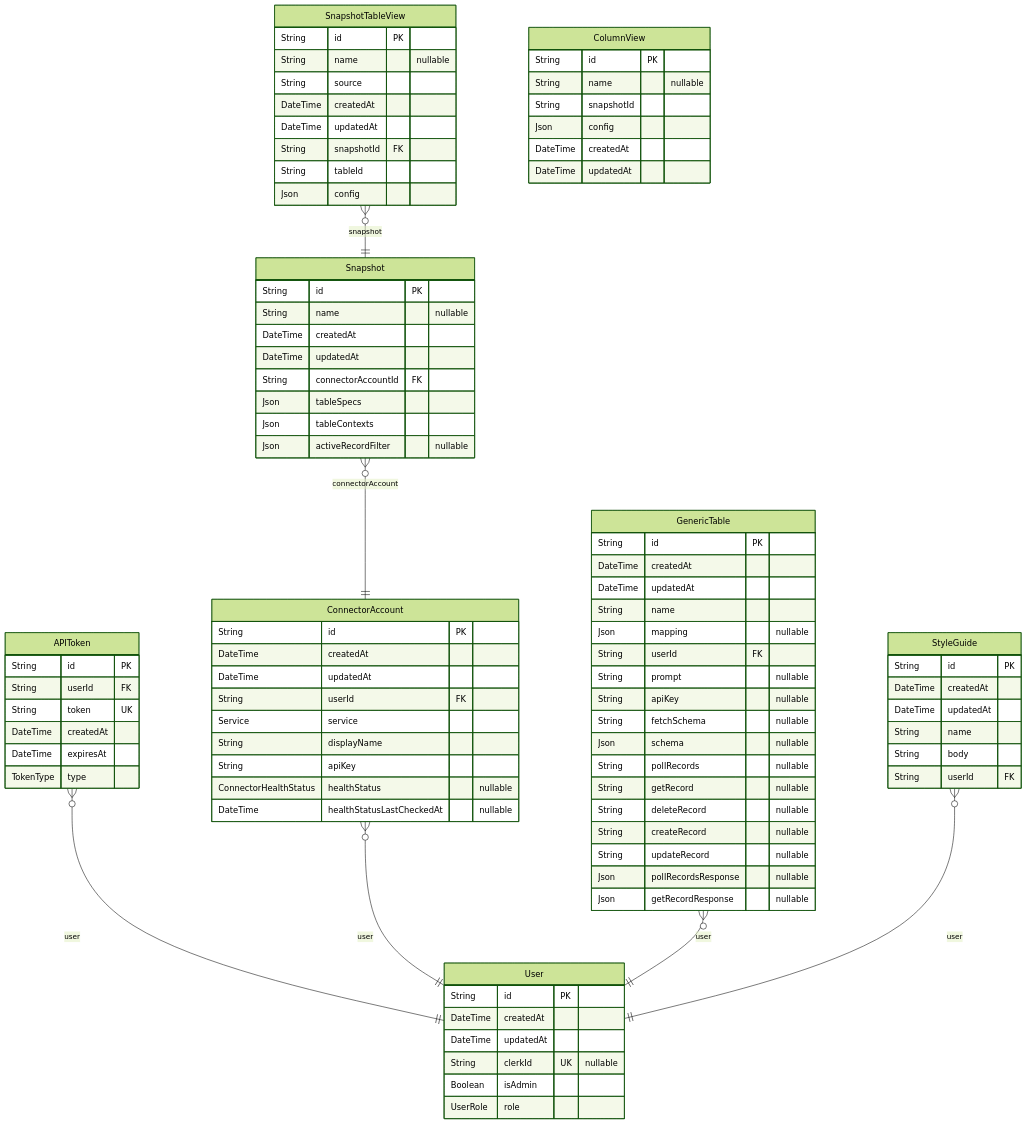
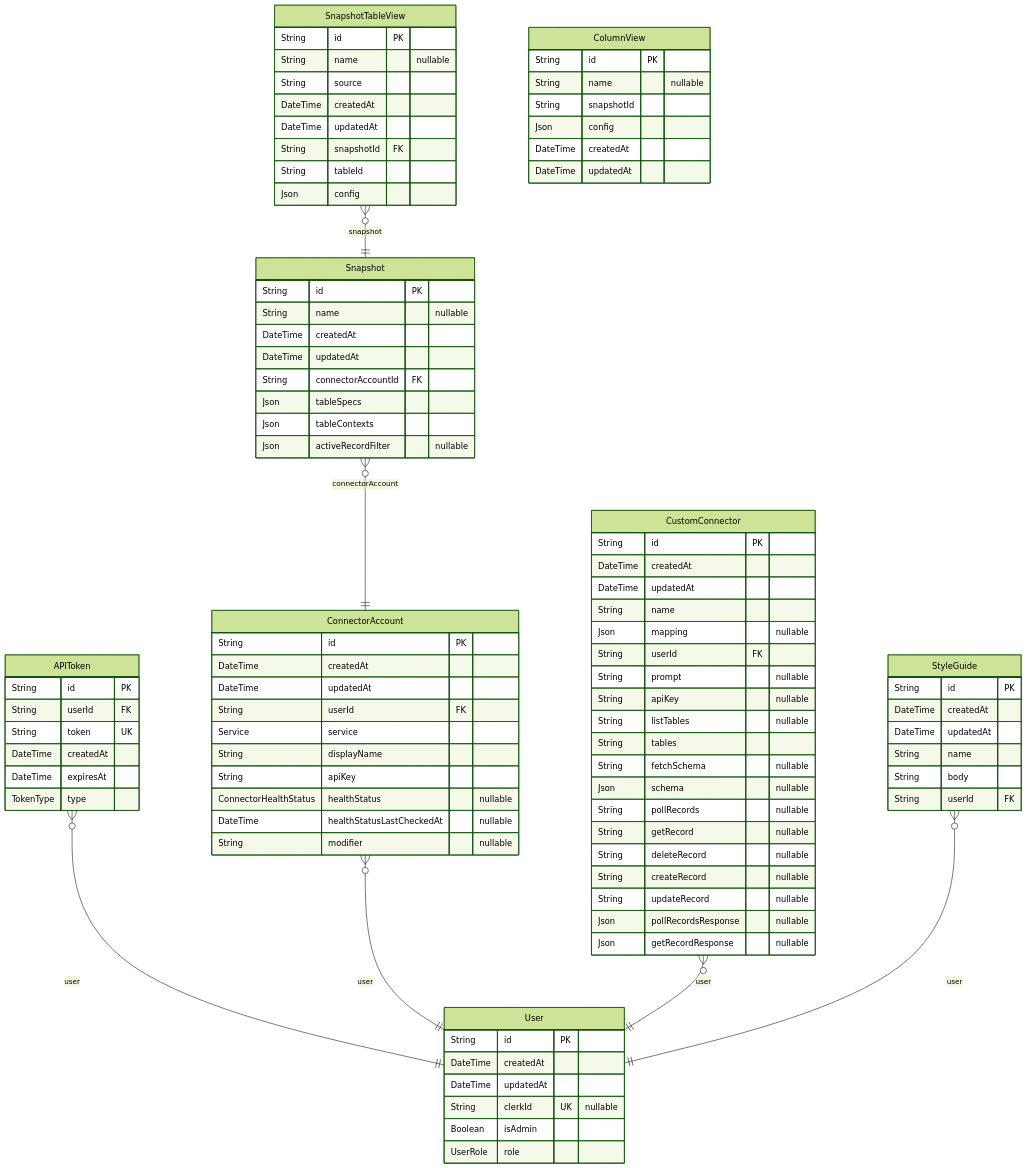
One commit to whalesync/scratch-cli changed the diagram in server/prisma/ERD.md. Above: the diagram before and after it, drawn with Mermaid (forest theme). The commit also changed other lines of this file and 39 other files, not shown here.

Commit message:
[generic-connector] working generic connector

````diff
--- a/server/prisma/ERD.md
+++ b/server/prisma/ERD.md
@@ -34,6 +34,7 @@
   String apiKey
   ConnectorHealthStatus healthStatus "nullable"
   DateTime healthStatusLastCheckedAt "nullable"
+  String modifier "nullable"
 }
 "Snapshot" {
   String id PK
@@ -45,7 +46,7 @@
   Json tableContexts
   Json activeRecordFilter "nullable"
 }
-"GenericTable" {
+"CustomConnector" {
   String id PK
   DateTime createdAt
   DateTime updatedAt
@@ -54,6 +55,8 @@
   String userId FK
   String prompt "nullable"
   String apiKey "nullable"
+  String listTables "nullable"
+  String tables
   String fetchSchema "nullable"
   Json schema "nullable"
   String pollRecords "nullable"
@@ -93,7 +96,7 @@
 "APIToken" }o--|| "User" : user
 "ConnectorAccount" }o--|| "User" : user
 "Snapshot" }o--|| "ConnectorAccount" : connectorAccount
-"GenericTable" }o--|| "User" : user
+"CustomConnector" }o--|| "User" : user
 "SnapshotTableView" }o--|| "Snapshot" : snapshot
 "StyleGuide" }o--|| "User" : user
 ```
````
